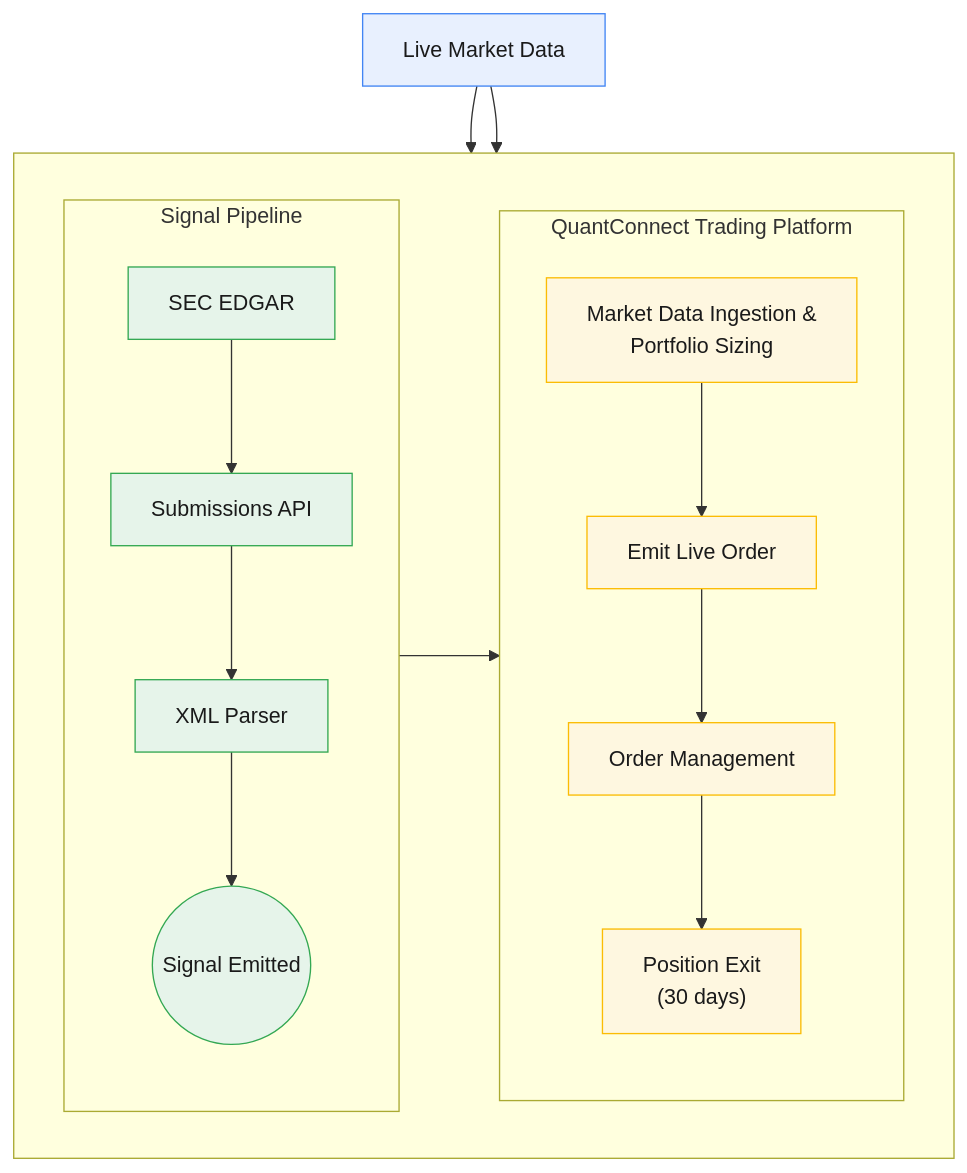
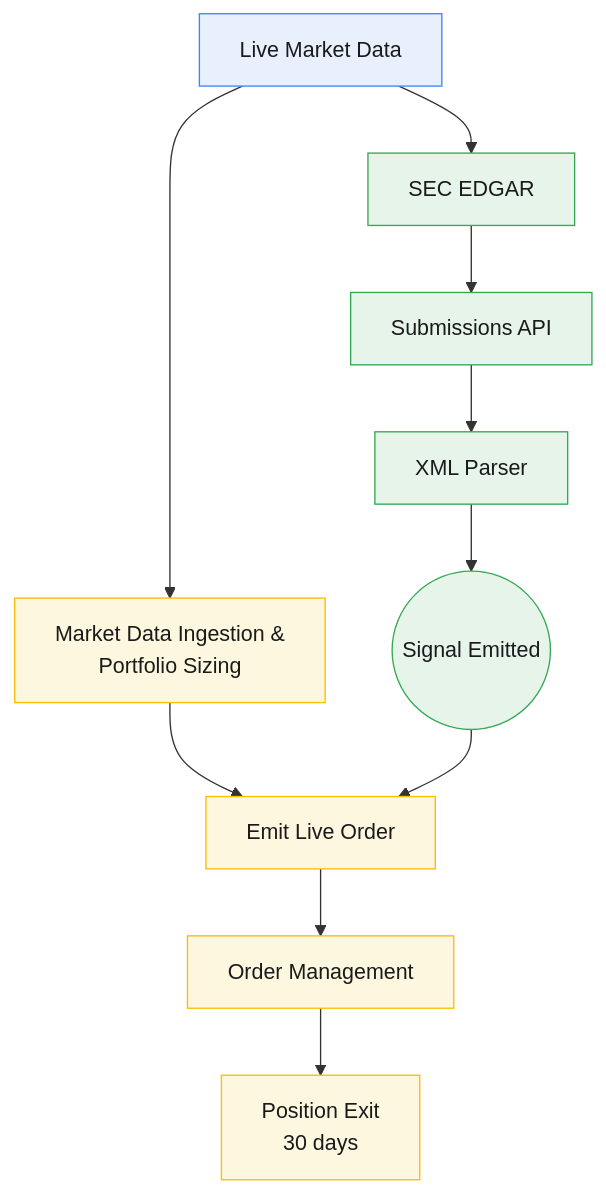
One commit to MilesOberting/form4-insider-signals-showcase changed the first of 2 diagrams in README.md. Above: the diagram before and after it, drawn with Mermaid. The commit also changed other lines of this file and 1 other file, not shown here.

Commit message:
Drop subgraphs to fix layout and title-clipping in the pipeline diagram
Nested subgraph direction hints weren't rendering reliably (columns
still weren't aligning), and the subgraph title boxes were colliding
with incoming arrows. Flattened to plain nodes and retargeted the
Signal Emitted edge to "Emit Live Order" instead of the ingestion box,
which frees the right column's top node from the rank dependency that
was pulling it down - both top boxes should now align naturally.

````diff
--- a/README.md
+++ b/README.md
@@ -13,33 +13,18 @@
 ```mermaid
 flowchart TD
     LMD[Live Market Data]
 
-    subgraph COLUMNS[" "]
-        direction LR
-        subgraph SP[Signal Pipeline]
-            direction TB
-            SEC[SEC EDGAR] --> API[Submissions API]
-            API --> XML[XML Parser]
-            XML --> SIG((Signal Emitted))
-        end
-        subgraph TP[QuantConnect Trading Platform]
-            direction TB
-            ING["Market Data Ingestion &<br/>Portfolio Sizing"]
-            ORD[Emit Live Order]
-            MGT[Order Management]
-            EXIT["Position Exit<br/>(30 days)"]
-            ING --> ORD --> MGT --> EXIT
-        end
-    end
+    SEC[SEC EDGAR] --> API[Submissions API] --> XML[XML Parser] --> SIG((Signal Emitted))
+    ING["Market Data Ingestion &<br/>Portfolio Sizing"] --> ORD[Emit Live Order] --> MGT[Order Management] --> EXIT["Position Exit<br/>30 days"]
 
     LMD --> SEC
     LMD --> ING
-    SIG --> ING
+    SIG --> ORD
 
     classDef data fill:#e8f0fe,stroke:#4285f4,color:#1a1a1a;
     classDef sig fill:#e6f4ea,stroke:#34a853,color:#1a1a1a;
     classDef trade fill:#fef7e0,stroke:#fbbc04,color:#1a1a1a;
     class LMD data;
     class SEC,API,XML,SIG sig;
     class ING,ORD,MGT,EXIT trade;
 ```
````
